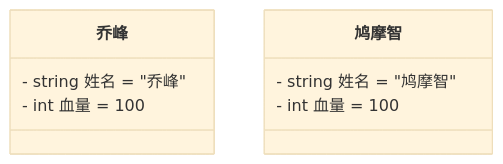
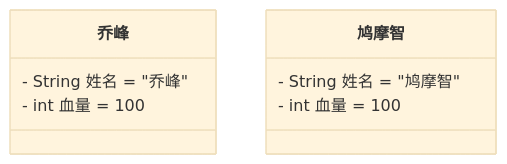
The first of 2 diagrams in docs/zh/01_java-se/java-leap/07_xdx/index.md (Aurorxa/java), drawn with Mermaid (base theme) before and after one commit. The commit also changed other lines of this file, not shown here.

````diff
--- a/docs/zh/01_java-se/java-leap/07_xdx/index.md
+++ b/docs/zh/01_java-se/java-leap/07_xdx/index.md
@@ -10,11 +10,11 @@
 ```mermaid
 classDiagram
     class 乔峰 {
-        - string 姓名 = "乔峰"
+        - String 姓名 = "乔峰"
         - int 血量 = 100
     }
     class 鸠摩智 {
-        - string 姓名 = "鸠摩智"
+        - String 姓名 = "鸠摩智"
         - int 血量 = 100
     }
 ```
````
